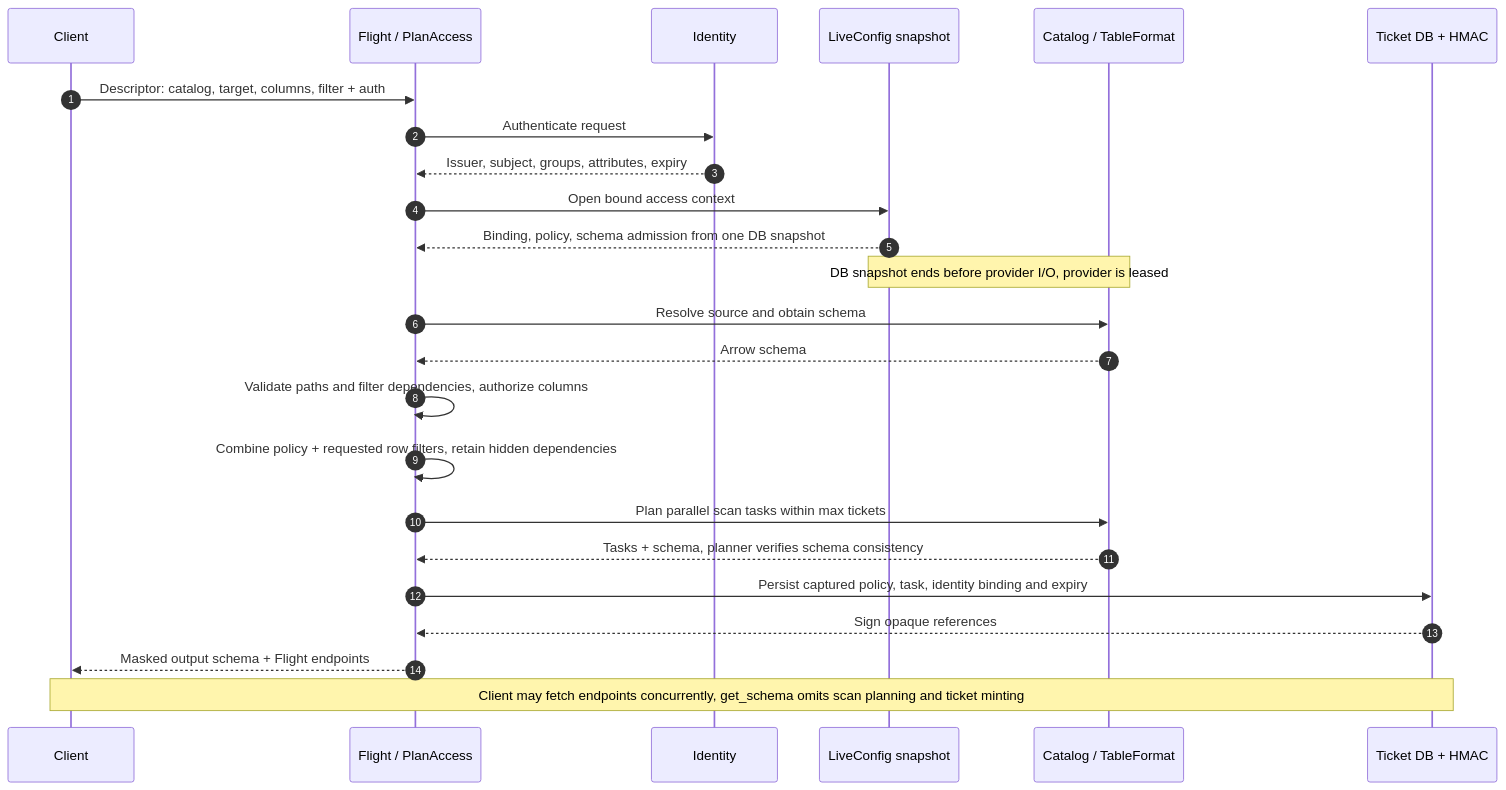
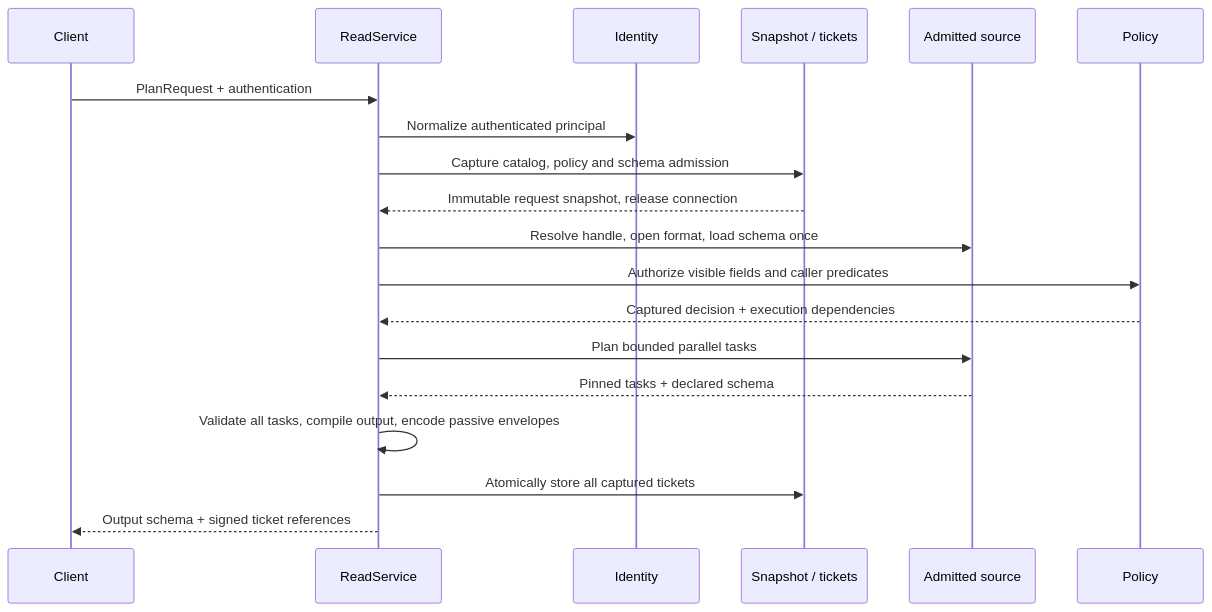
The fourth of 5 diagrams in docs/architecture/architecture-atlas.md (snithish/dal-obscura), drawn with Mermaid before and after one commit. The commit also changed other lines of this file and 378 other files, not shown here.

````diff
--- a/docs/architecture/architecture-atlas.md
+++ b/docs/architecture/architecture-atlas.md
@@ -136,26 +78,21 @@
 ```mermaid
 sequenceDiagram
-    autonumber
     participant C as Client
-    participant F as Flight / PlanAccess
+    participant R as ReadService
     participant I as Identity
-    participant S as LiveConfig snapshot
-    participant P as Catalog / TableFormat
-    participant T as Ticket DB + HMAC
-    C->>F: Descriptor: catalog, target, columns, filter + auth
-    F->>I: Authenticate request
-    I-->>F: Issuer, subject, groups, attributes, expiry
-    F->>S: Open bound access context
-    S-->>F: Binding, policy, schema admission from one DB snapshot
-    Note over S,P: DB snapshot ends before provider I/O, provider is leased
-    F->>P: Resolve source and obtain schema
-    P-->>F: Arrow schema
-    F->>F: Validate paths and filter dependencies, authorize columns
-    F->>F: Combine policy + requested row filters, retain hidden dependencies
-    F->>P: Plan parallel scan tasks within max tickets
-    P-->>F: Tasks + schema, planner verifies schema consistency
-    F->>T: Persist captured policy, task, identity binding and expiry
-    T-->>F: Sign opaque references
-    F-->>C: Masked output schema + Flight endpoints
-    Note over C,T: Client may fetch endpoints concurrently, get_schema omits scan planning and ticket minting
+    participant DB as Snapshot / tickets
+    participant S as Admitted source
+    participant P as Policy
+    C->>R: PlanRequest + authentication
+    R->>I: Normalize authenticated principal
+    R->>DB: Capture catalog, policy and schema admission
+    DB-->>R: Immutable request snapshot, release connection
+    R->>S: Resolve handle, open format, load schema once
+    R->>P: Authorize visible fields and caller predicates
+    P-->>R: Captured decision + execution dependencies
+    R->>S: Plan bounded parallel tasks
+    S-->>R: Pinned tasks + declared schema
+    R->>R: Validate all tasks, compile output, encode passive envelopes
+    R->>DB: Atomically store all captured tickets
+    R-->>C: Output schema + signed ticket references
 ```
````
